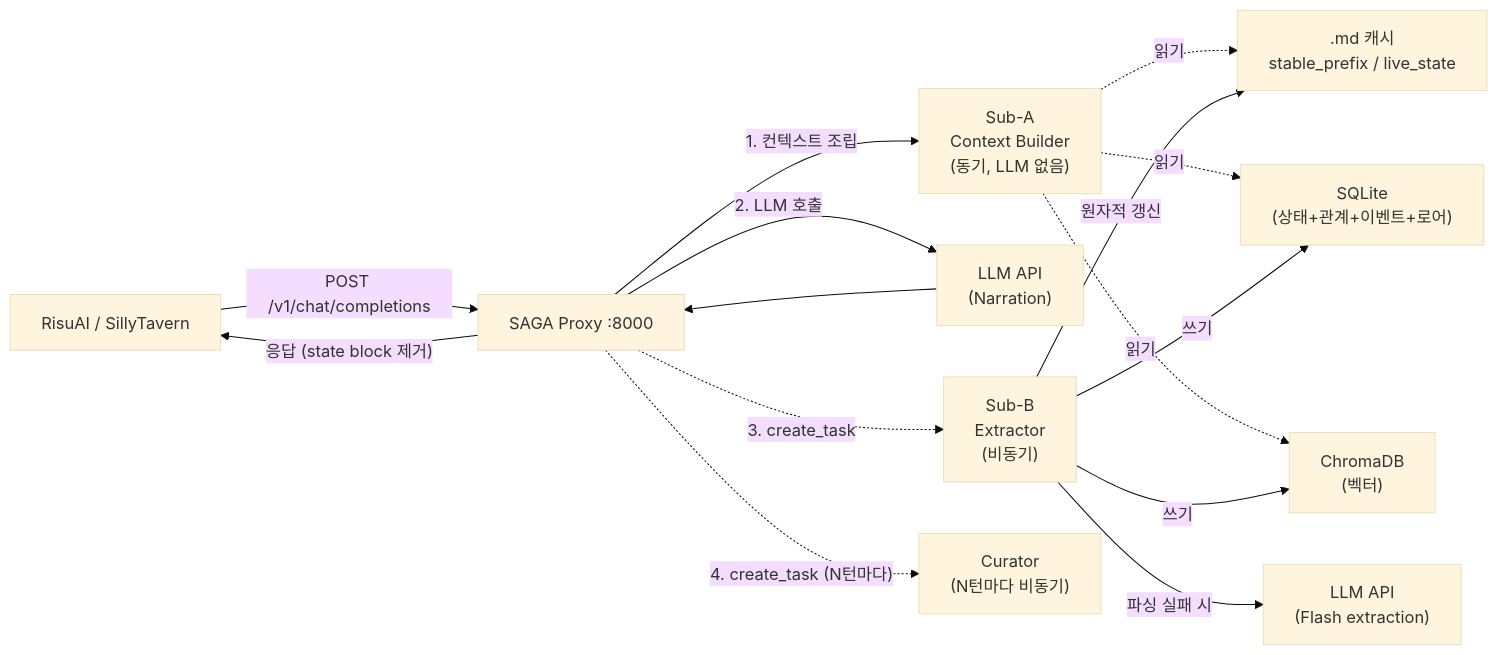
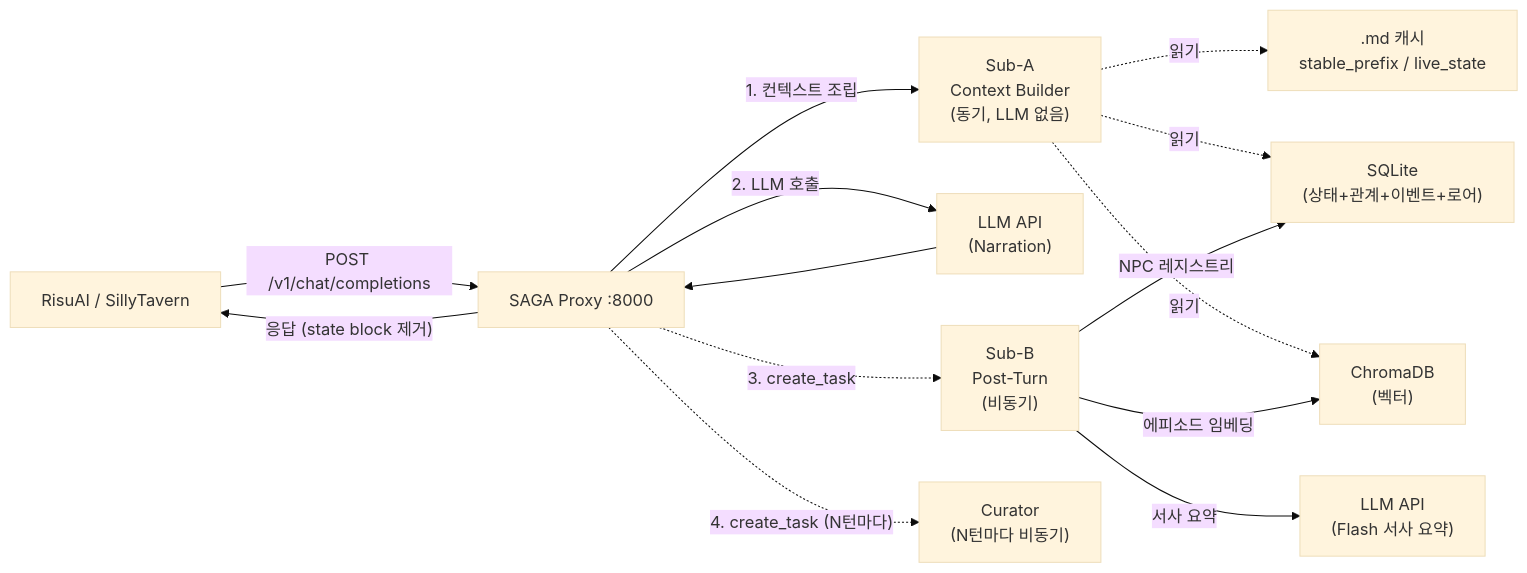
The diagram in README.md (YangHyunu/SAGA), drawn with Mermaid (base theme) before and after one commit. The commit also changed other lines of this file and 13 other files, not shown here.

````diff
--- a/README.md
+++ b/README.md
@@ -252,35 +251,34 @@
 ```mermaid
 flowchart LR
     Client["RisuAI / SillyTavern"]
 
     Proxy["SAGA Proxy :8000"]
     SubA["Sub-A<br/>Context Builder<br/>(동기, LLM 없음)"]
     LLM["LLM API<br/>(Narration)"]
-    SubB["Sub-B<br/>Extractor<br/>(비동기)"]
-    Flash["LLM API<br/>(Flash extraction)"]
+    SubB["Sub-B<br/>Post-Turn<br/>(비동기)"]
+    Flash["LLM API<br/>(Flash 서사 요약)"]
     Curator["Curator<br/>(N턴마다 비동기)"]
 
     SQLite["SQLite<br/>(상태+관계+이벤트+로어)"]
     Chroma["ChromaDB<br/>(벡터)"]
     Cache[".md 캐시<br/>stable_prefix / live_state"]
 
     %% 요청 흐름
     Client -- "POST /v1/chat/completions" --> Proxy
     Proxy -- "1. 컨텍스트 조립" --> SubA
     SubA -. "읽기" .-> Cache
     SubA -. "읽기" .-> SQLite
     SubA -. "읽기" .-> Chroma
 
     Proxy -- "2. LLM 호출" --> LLM
     LLM --> Proxy
     Proxy -- "응답 (state block 제거)" --> Client
 
     %% 비동기 후처리 (Proxy가 둘 다 fire)
     Proxy -. "3. create_task" .-> SubB
     Proxy -. "4. create_task (N턴마다)" .-> Curator
 
-    SubB -- "파싱 실패 시" --> Flash
-    SubB -- "쓰기" --> SQLite
-    SubB -- "쓰기" --> Chroma
-    SubB -- "원자적 갱신" --> Cache
+    SubB -- "서사 요약" --> Flash
+    SubB -- "NPC 레지스트리" --> SQLite
+    SubB -- "에피소드 임베딩" --> Chroma
 ```
````
